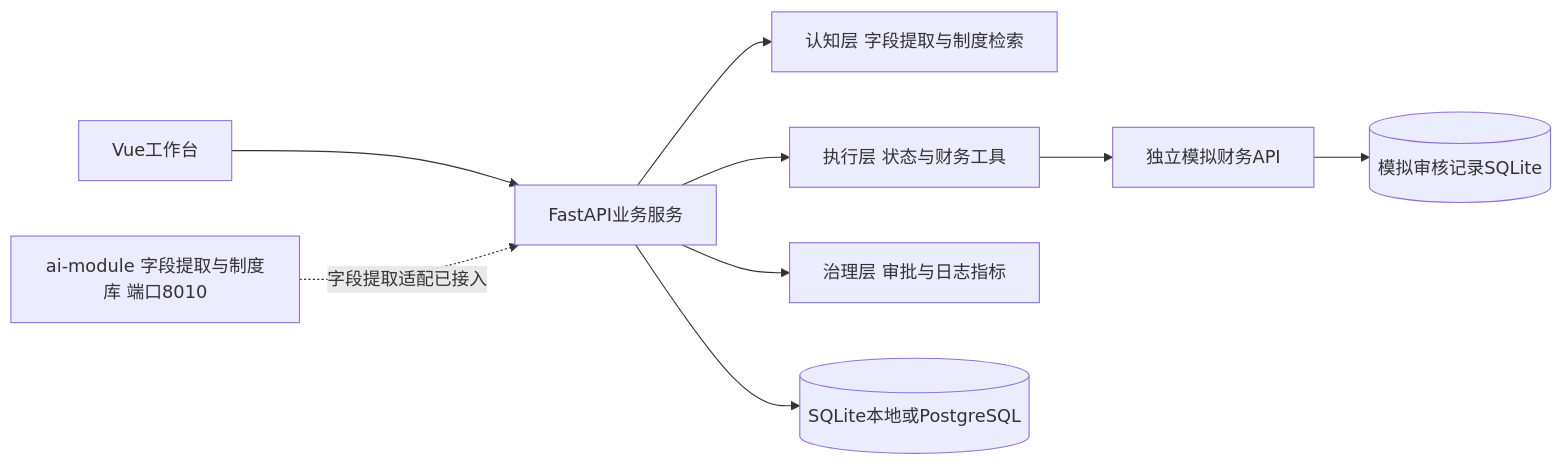
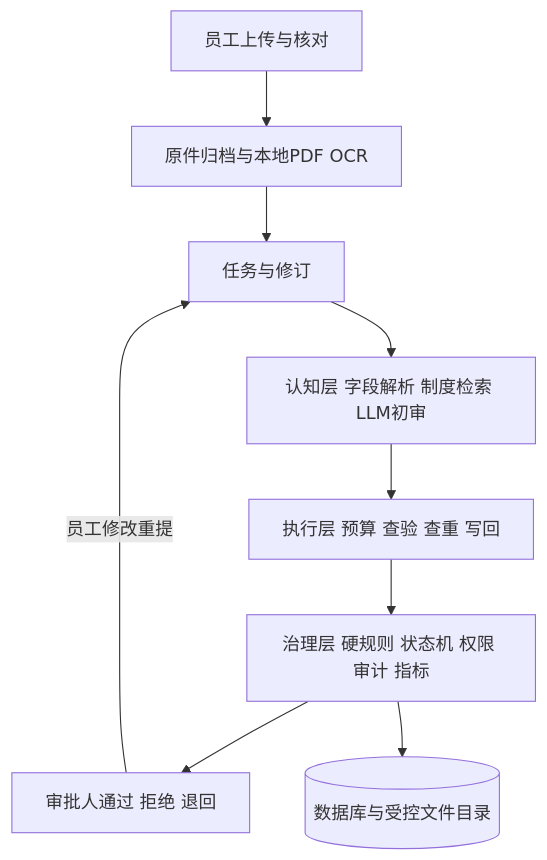
The diagram in docs/ARCHITECTURE.md (Y1nanLuu/digital-employee-system), drawn with Mermaid before and after one commit. The commit also changed other lines of this file and 57 other files, not shown here.

````diff
--- a/docs/ARCHITECTURE.md
+++ b/docs/ARCHITECTURE.md
@@ -3,11 +5,11 @@
 ```mermaid
-flowchart LR
- U[Vue工作台] --> B[FastAPI业务服务]
- B --> C[认知层 字段提取与制度检索]
- B --> E[执行层 状态与财务工具]
- B --> G[治理层 审批与日志指标]
- E --> F[独立模拟财务API]
- B --> D[(SQLite本地或PostgreSQL)]
- F --> R[(模拟审核记录SQLite)]
- A[ai-module 字段提取与制度库 端口8010] -.字段提取适配已接入.-> B
+flowchart TD
+ U[员工上传与核对] --> F[原件归档与本地PDF OCR]
+ F --> T[任务与修订]
+ T --> C[认知层 字段解析 制度检索 LLM初审]
+ C --> E[执行层 预算 查验 查重 写回]
+ E --> G[治理层 硬规则 状态机 权限 审计 指标]
+ G --> A[审批人通过 拒绝 退回]
+ A -->|员工修改重提| T
+ G --> D[(数据库与受控文件目录)]
 ```
````
